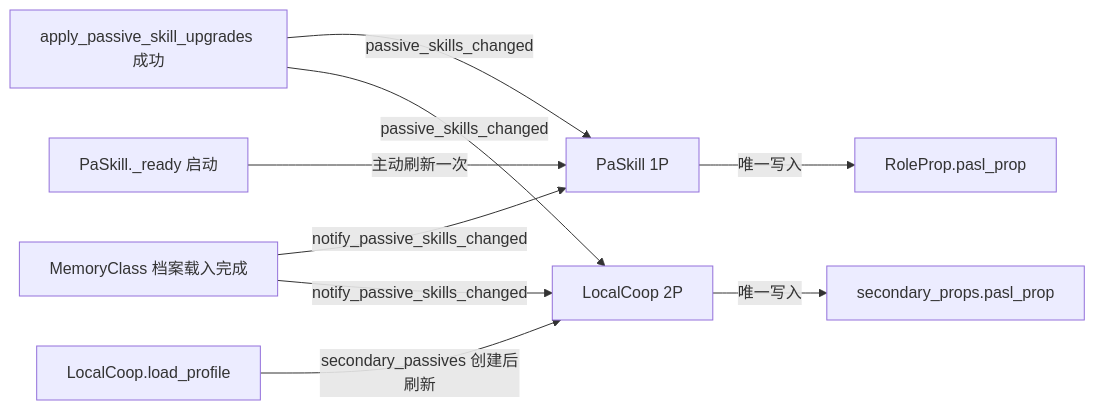
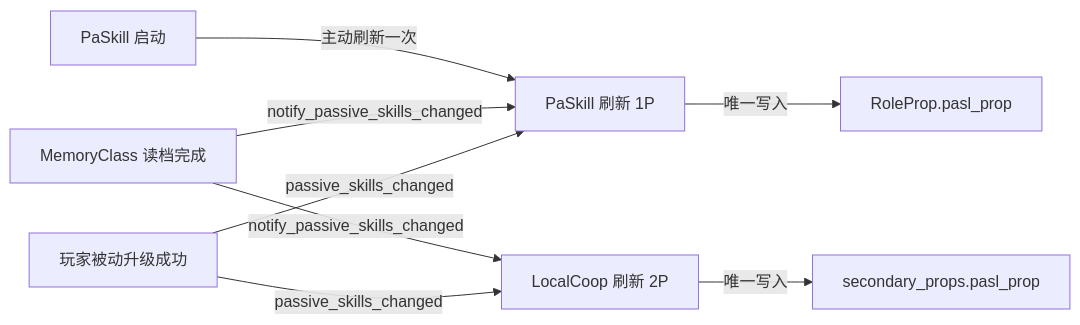
Before and after one commit to 0xnayuta/BHYH: the diagram in docs/reference/passive_skill_contract.md, drawn with Mermaid. The commit also changed other lines of this file and 50 other files, not shown here.

````diff
--- a/docs/reference/passive_skill_contract.md
+++ b/docs/reference/passive_skill_contract.md
@@ -22,11 +19,10 @@
 ```mermaid
 flowchart LR
-    A[apply_passive_skill_upgrades 成功] -->|passive_skills_changed| B[PaSkill 1P]
-    A -->|passive_skills_changed| C[LocalCoop 2P]
-    D[MemoryClass 档案载入完成] -->|notify_passive_skills_changed| B
+    A["玩家被动升级成功"] -->|passive_skills_changed| B["PaSkill 刷新 1P"]
+    A -->|passive_skills_changed| C["LocalCoop 刷新 2P"]
+    D["MemoryClass 读档完成"] -->|notify_passive_skills_changed| B
     D -->|notify_passive_skills_changed| C
-    E[PaSkill._ready 启动] -->|主动刷新一次| B
-    F[LocalCoop.load_profile] -->|secondary_passives 创建后刷新| C
-    B -->|唯一写入| G[RoleProp.pasl_prop]
-    C -->|唯一写入| H[secondary_props.pasl_prop]
+    E["PaSkill 启动"] -->|主动刷新一次| B
+    B -->|唯一写入| F["RoleProp.pasl_prop"]
+    C -->|唯一写入| G["secondary_props.pasl_prop"]
 ```
````
